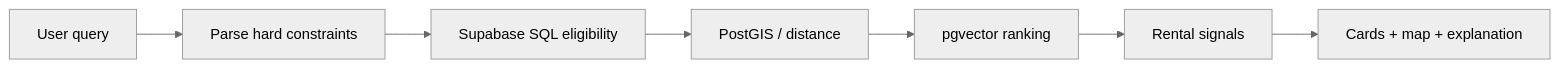
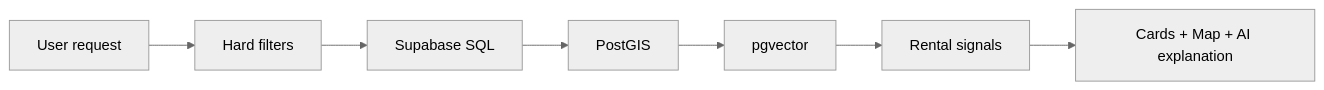
Before and after one commit to amoai-tech/mdeai: the diagram in docs/superpowers/specs/2026-09-20-rentals-domain-docs-design.md, drawn with Mermaid (neutral theme). The commit also changed other lines of this file, not shown here.

````diff
--- a/docs/superpowers/specs/2026-09-20-rentals-domain-docs-design.md
+++ b/docs/superpowers/specs/2026-09-20-rentals-domain-docs-design.md
@@ -150,9 +208,9 @@
 ```mermaid
 flowchart LR
-    Q[User query] --> P[Parse hard constraints]
-    P --> SQL[Supabase SQL eligibility]
-    SQL --> GEO[PostGIS / distance]
-    GEO --> VEC[pgvector ranking]
+    Q[User request] --> F[Hard filters]
+    F --> SQL[Supabase SQL]
+    SQL --> GEO[PostGIS]
+    GEO --> VEC[pgvector]
     VEC --> SIG[Rental signals]
-    SIG --> UI[Cards + map + explanation]
+    SIG --> UI[Cards + Map + AI explanation]
 ```
````
